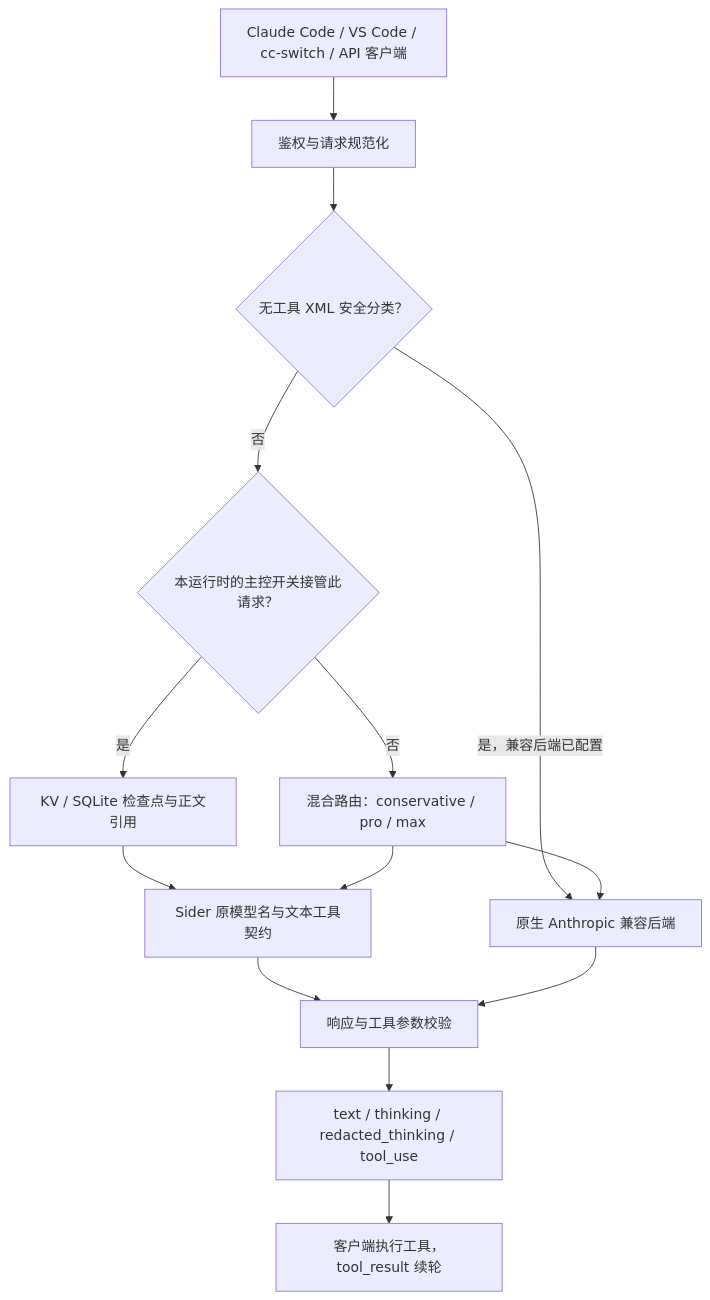
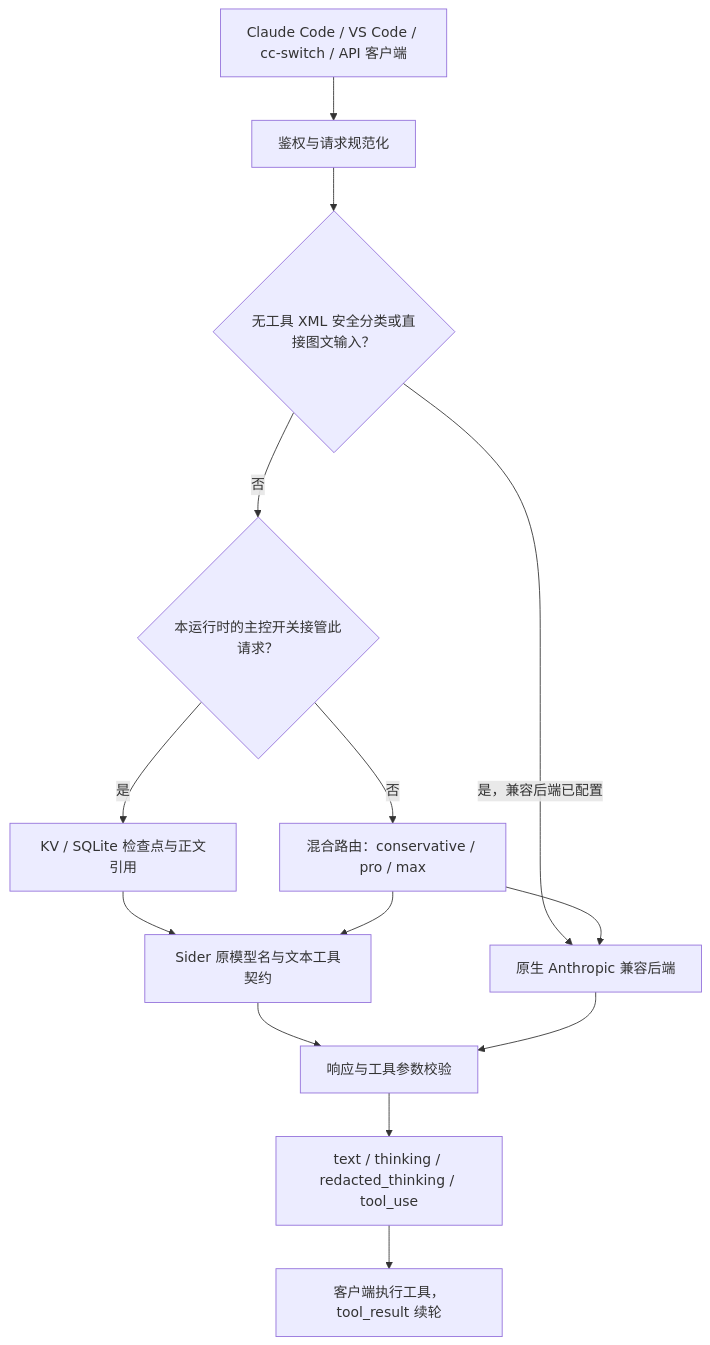
Before and after one commit to goldenhawksu/sider2claude: the diagram in README_CN.md, drawn with Mermaid. The commit also changed other lines of this file and 44 other files, not shown here.

````diff
--- a/README_CN.md
+++ b/README_CN.md
@@ -9,16 +9,16 @@
 ```mermaid
 flowchart TD
     A["Claude Code / VS Code / cc-switch / API 客户端"] --> B["鉴权与请求规范化"]
-    B --> C{"无工具 XML 安全分类？"}
+    B --> C{"无工具 XML 安全分类或直接图文输入？"}
     C -->|"是，兼容后端已配置"| D["原生 Anthropic 兼容后端"]
     C -->|"否"| E{"本运行时的主控开关接管此请求？"}
     E -->|"是"| F["KV / SQLite 检查点与正文引用"]
     F --> G["Sider 原模型名与文本工具契约"]
     E -->|"否"| H["混合路由：conservative / pro / max"]
     H --> G
     H --> D
     G --> I["响应与工具参数校验"]
     D --> I
     I --> J["text / thinking / redacted_thinking / tool_use"]
     J --> K["客户端执行工具，tool_result 续轮"]
 ```
````
